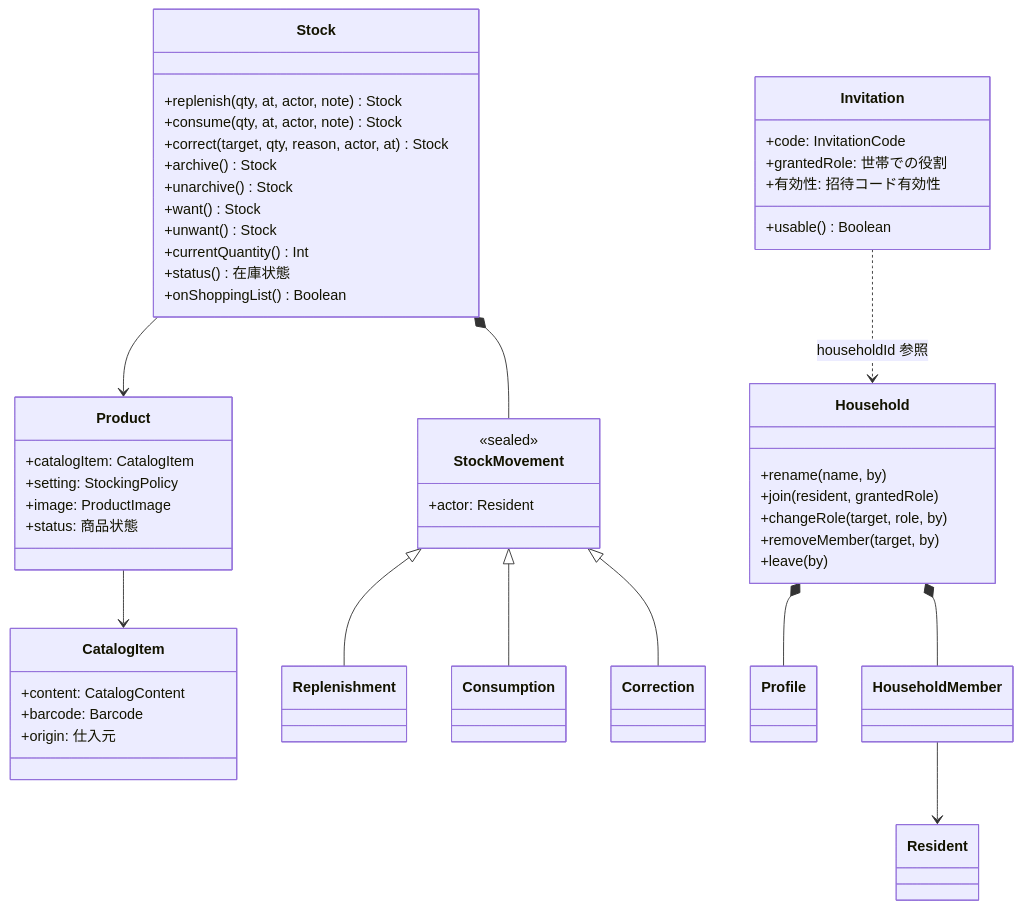
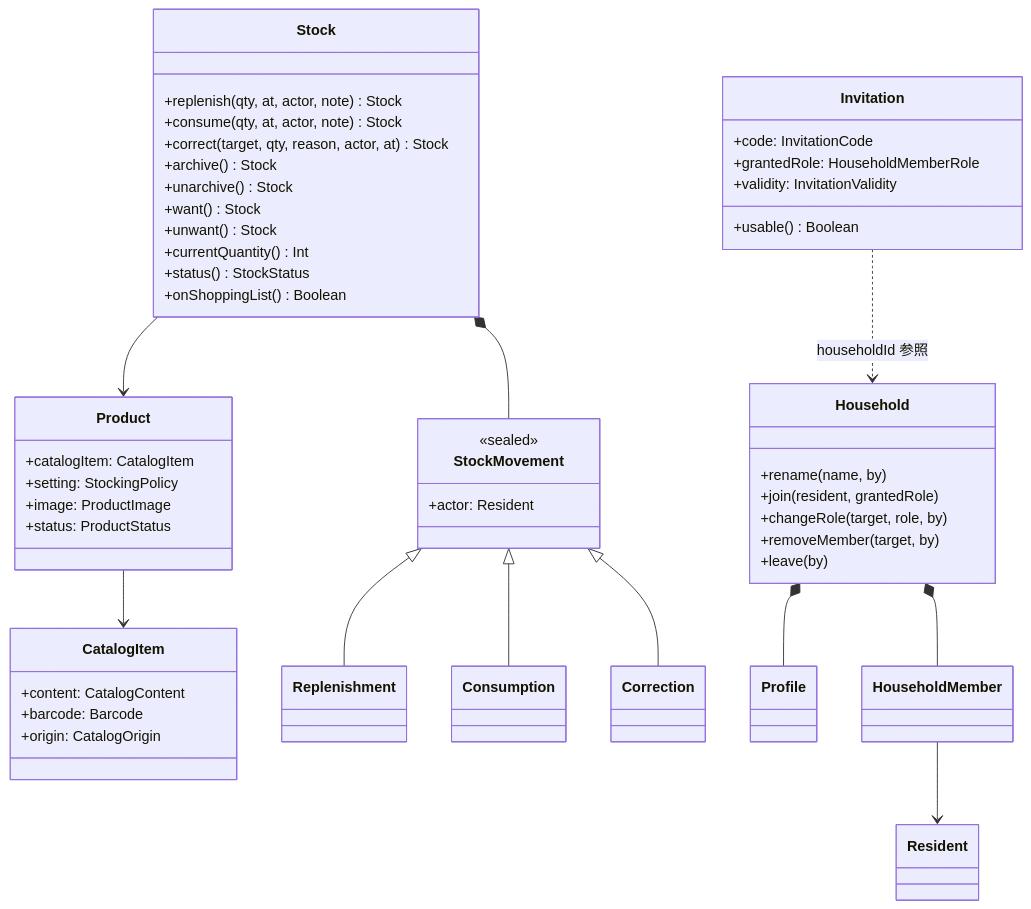
Before and after one commit to bright-room/mindstock: the fifth of 5 diagrams in docs/superpowers/specs/2026-05-31-mindstock-full-replace-design/02-iconix.md, drawn with Mermaid. The commit also changed 3 other files, not shown here.

````diff
--- a/docs/superpowers/specs/2026-05-31-mindstock-full-replace-design/02-iconix.md
+++ b/docs/superpowers/specs/2026-05-31-mindstock-full-replace-design/02-iconix.md
@@ -176,53 +176,53 @@
 ```mermaid
 classDiagram
     class Household {
         +rename(name, by)
         +join(resident, grantedRole)
         +changeRole(target, role, by)
         +removeMember(target, by)
         +leave(by)
     }
     class Invitation {
         +code: InvitationCode
-        +grantedRole: 世帯での役割
-        +有効性: 招待コード有効性
+        +grantedRole: HouseholdMemberRole
+        +validity: InvitationValidity
         +usable() Boolean
     }
     class Stock {
         +replenish(qty, at, actor, note) Stock
         +consume(qty, at, actor, note) Stock
         +correct(target, qty, reason, actor, at) Stock
         +archive() Stock
         +unarchive() Stock
         +want() Stock
         +unwant() Stock
         +currentQuantity() Int
-        +status() 在庫状態
+        +status() StockStatus
         +onShoppingList() Boolean
     }
     class Product {
         +catalogItem: CatalogItem
         +setting: StockingPolicy
         +image: ProductImage
-        +status: 商品状態
+        +status: ProductStatus
     }
     class StockMovement {
         <<sealed>>
         +actor: Resident
     }
     class CatalogItem {
         +content: CatalogContent
         +barcode: Barcode
-        +origin: 仕入元
+        +origin: CatalogOrigin
     }
     StockMovement <|-- Replenishment
     StockMovement <|-- Consumption
     StockMovement <|-- Correction
     Household *-- Profile
     Household *-- HouseholdMember
     Invitation ..> Household : householdId 参照
     HouseholdMember --> Resident
     Stock --> Product
     Product --> CatalogItem
     Stock *-- StockMovement
 ```
````
